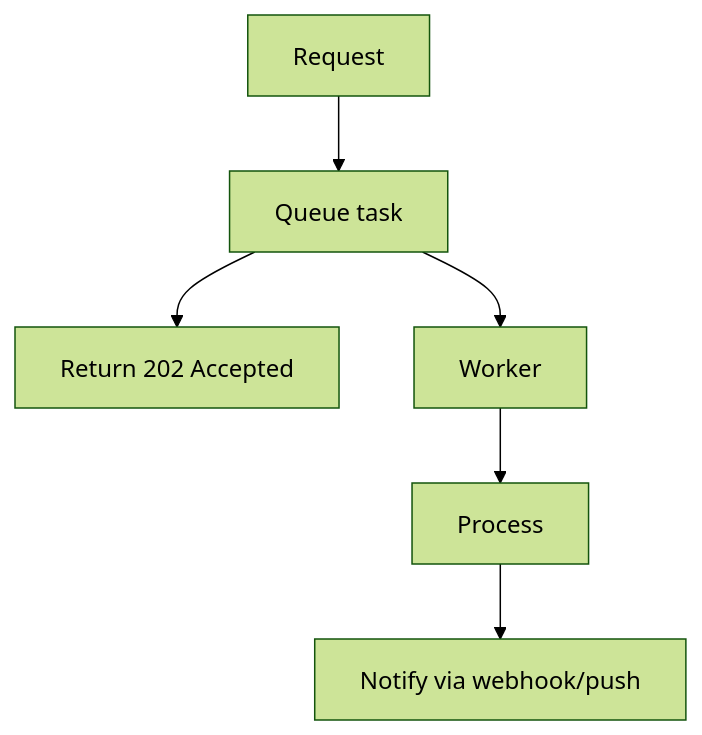
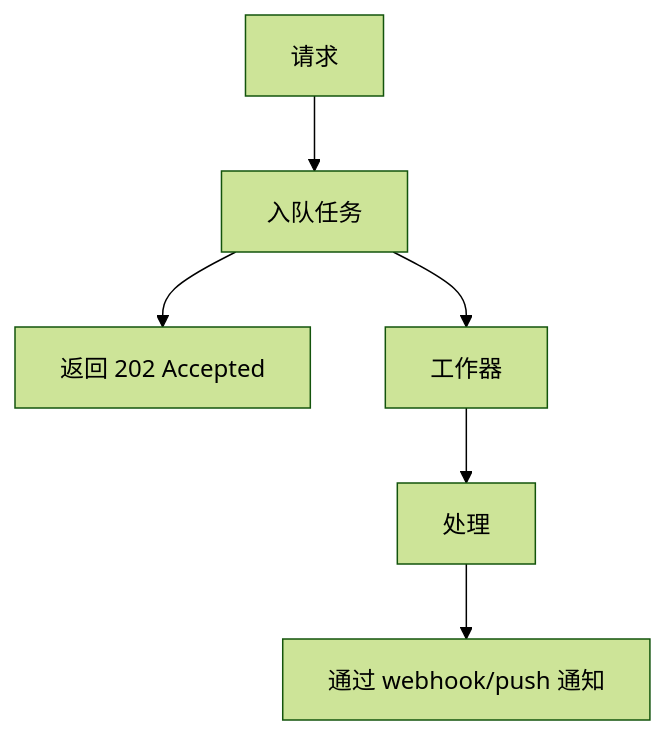
The diagram in references/performance/performance-deep-dive.md (Kirky-X/diting), drawn with Mermaid (forest theme) before and after one commit. The commit also changed other lines of this file and 74 other files, not shown here.

````diff
--- a/references/performance/performance-deep-dive.md
+++ b/references/performance/performance-deep-dive.md
@@ -213,8 +213,8 @@
 ```mermaid
 flowchart TD
-    Req["Request"] --> Queue["Queue task"]
-    Queue --> Resp["Return 202 Accepted"]
-    Queue --> Worker["Worker"]
-    Worker --> Proc["Process"]
-    Proc --> Notify["Notify via webhook/push"]
+    Req["请求"] --> Queue["入队任务"]
+    Queue --> Resp["返回 202 Accepted"]
+    Queue --> Worker["工作器"]
+    Worker --> Proc["处理"]
+    Proc --> Notify["通过 webhook/push 通知"]
 ```
````
